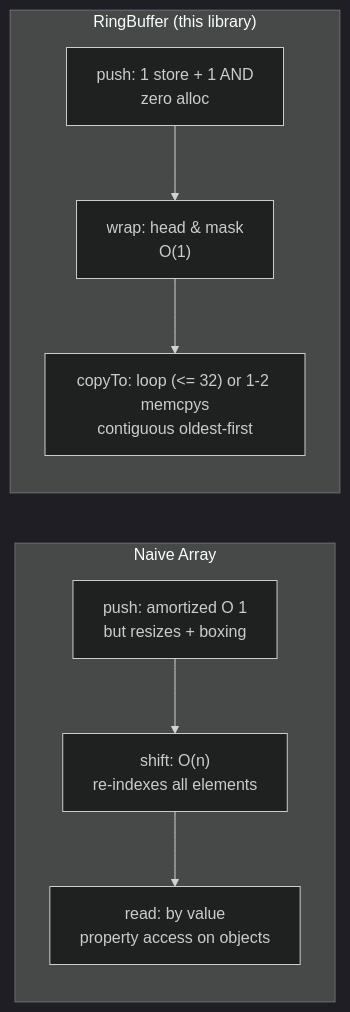
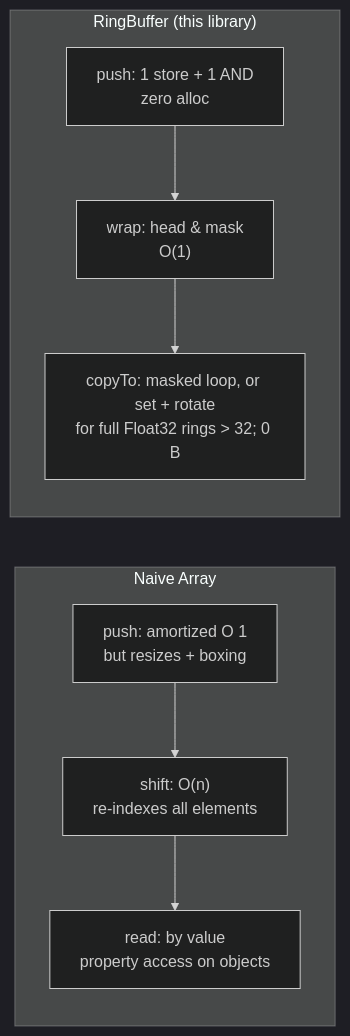
Before and after one commit to PeshoVurtoleta/lite-ring-buffer: the first of 4 diagrams in README.md, drawn with Mermaid (dark theme). The commit also changed other lines of this file and 11 other files, not shown here.

````diff
--- a/README.md
+++ b/README.md
@@ -71,17 +71,17 @@
 ```mermaid
 flowchart LR
     subgraph N["Naive Array"]
         direction TB
         N1["push: amortized O 1<br/>but resizes + boxing"]
         N2["shift: O(n)<br/>re-indexes all elements"]
         N3["read: by value<br/>property access on objects"]
         N1 --> N2 --> N3
     end
     subgraph R["RingBuffer (this library)"]
         direction TB
         R1["push: 1 store + 1 AND<br/>zero alloc"]
         R2["wrap: head & mask<br/>O(1)"]
-        R3["copyTo: loop (<= 32) or 1-2 memcpys<br/>contiguous oldest-first"]
+        R3["copyTo: masked loop, or set + rotate<br/>for full Float32 rings > 32; 0 B"]
         R1 --> R2 --> R3
     end
 ```
````
